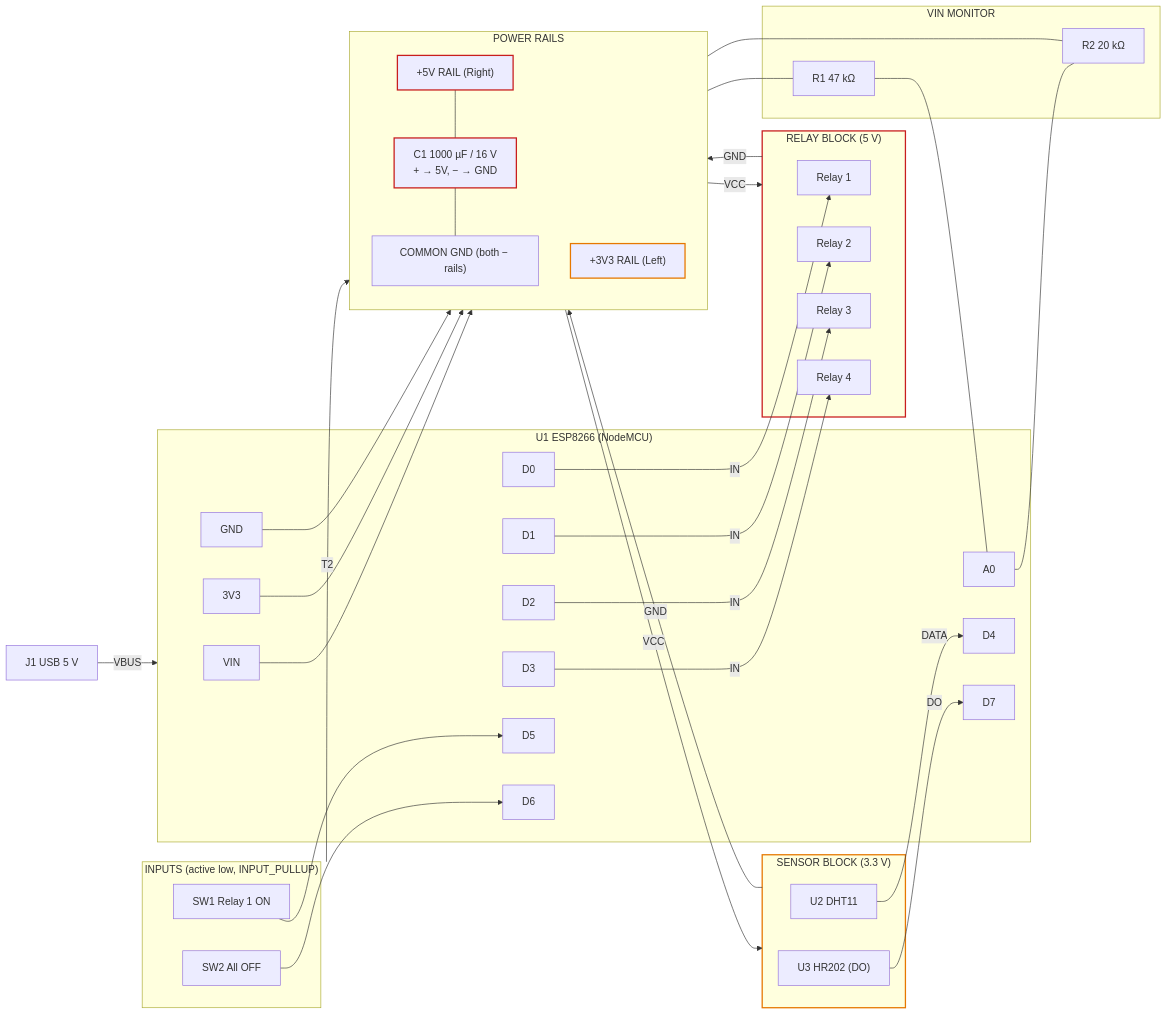
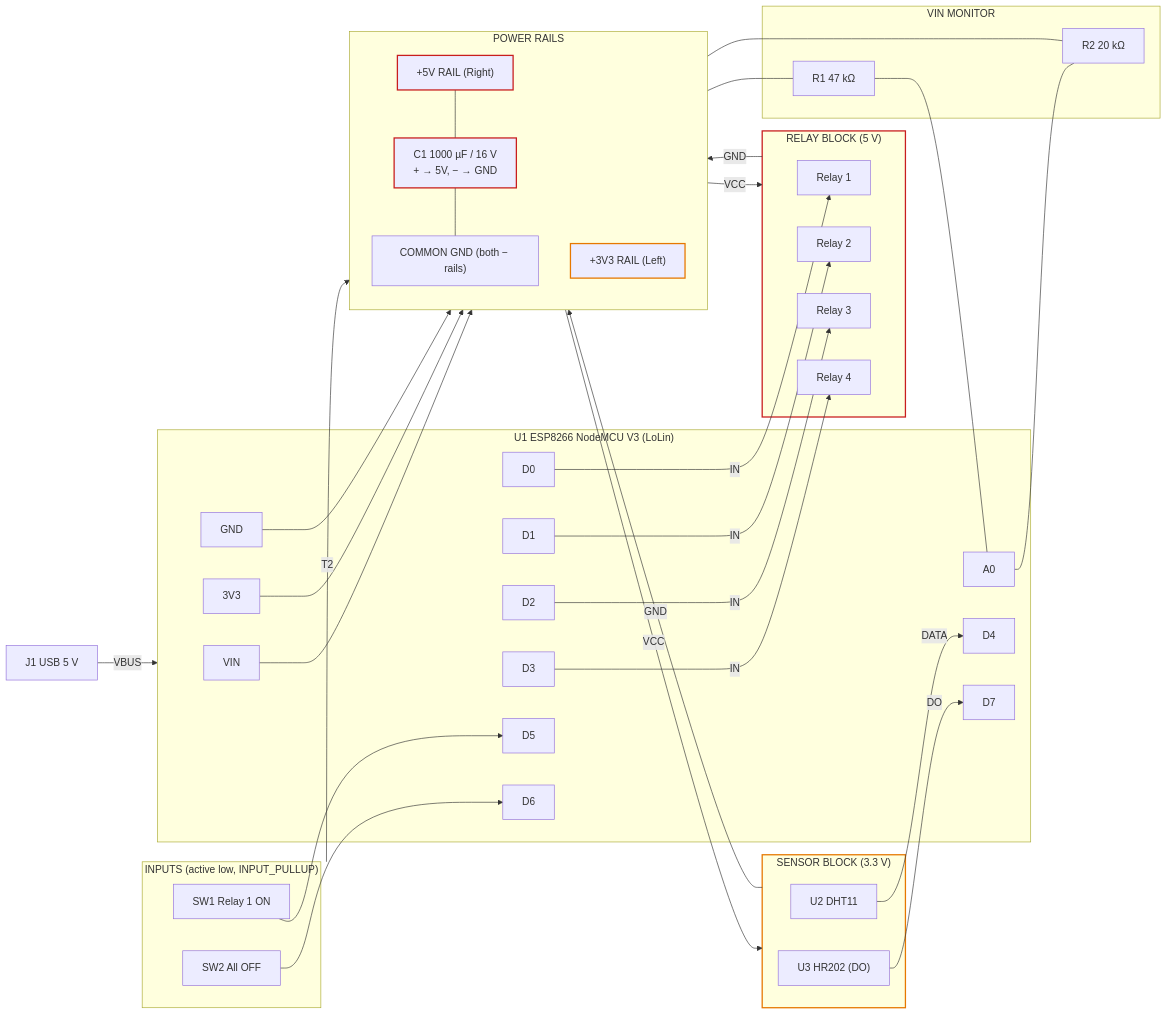
One commit to kpramatarov/MENU changed the diagram in hardware/SCHEMATIC.md. Above: the diagram before and after it, drawn with Mermaid. The commit also changed other lines of this file and 3 other files, not shown here.

First line of the commit message:
Schematic Rev B: draw U1 as NodeMCU V3 (LoLin) with all 30 header pins

````diff
--- a/hardware/SCHEMATIC.md
+++ b/hardware/SCHEMATIC.md
@@ -13,58 +13,58 @@
 ```mermaid
 flowchart LR
     USB["J1 USB 5 V"] -->|VBUS| U1
 
     subgraph PWR["POWER RAILS"]
         direction TB
         R5V["+5V RAIL (Right)"]
         R3V3["+3V3 RAIL (Left)"]
         GND["COMMON GND (both − rails)"]
         C1["C1 1000 µF / 16 V<br/>+ → 5V, − → GND"]
         R5V --- C1 --- GND
     end
 
-    subgraph U1["U1 ESP8266 (NodeMCU)"]
+    subgraph U1["U1 ESP8266 NodeMCU V3 (LoLin)"]
         VIN; V33["3V3"]; G["GND"]; A0
         D0; D1; D2; D3; D4; D5; D6; D7
     end
 
     VIN --> R5V
     V33 --> R3V3
     G --> GND
 
     subgraph DIV["VIN MONITOR"]
         R1["R1 47 kΩ"]; R2["R2 20 kΩ"]
     end
     R5V --- R1 --- A0
     A0 --- R2 --- GND
 
     subgraph RLY["RELAY BLOCK (5 V)"]
         K1["Relay 1"]; K2["Relay 2"]; K3["Relay 3"]; K4["Relay 4"]
     end
     D0 -->|IN| K1
     D1 -->|IN| K2
     D2 -->|IN| K3
     D3 -->|IN| K4
     R5V -->|VCC| RLY
     RLY -->|GND| GND
 
     subgraph SEN["SENSOR BLOCK (3.3 V)"]
         DHT["U2 DHT11"]; HR["U3 HR202 (DO)"]
     end
     DHT -->|DATA| D4
     HR -->|DO| D7
     R3V3 -->|VCC| SEN
     SEN -->|GND| GND
 
     subgraph BTN["INPUTS (active low, INPUT_PULLUP)"]
         SW1["SW1 Relay 1 ON"]; SW2["SW2 All OFF"]
     end
     SW1 --> D5
     SW2 --> D6
     BTN -->|T2| GND
 
     classDef p5 stroke:#c81e1e,stroke-width:2px
     classDef p3 stroke:#e67800,stroke-width:2px
     class R5V,RLY,C1 p5
     class R3V3,SEN p3
 ```
````
